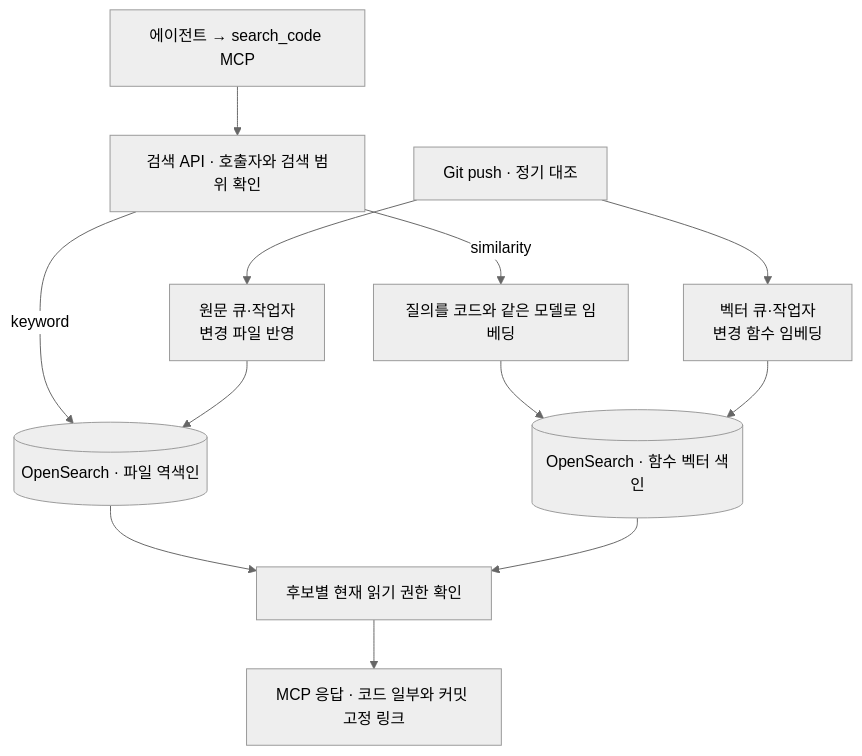
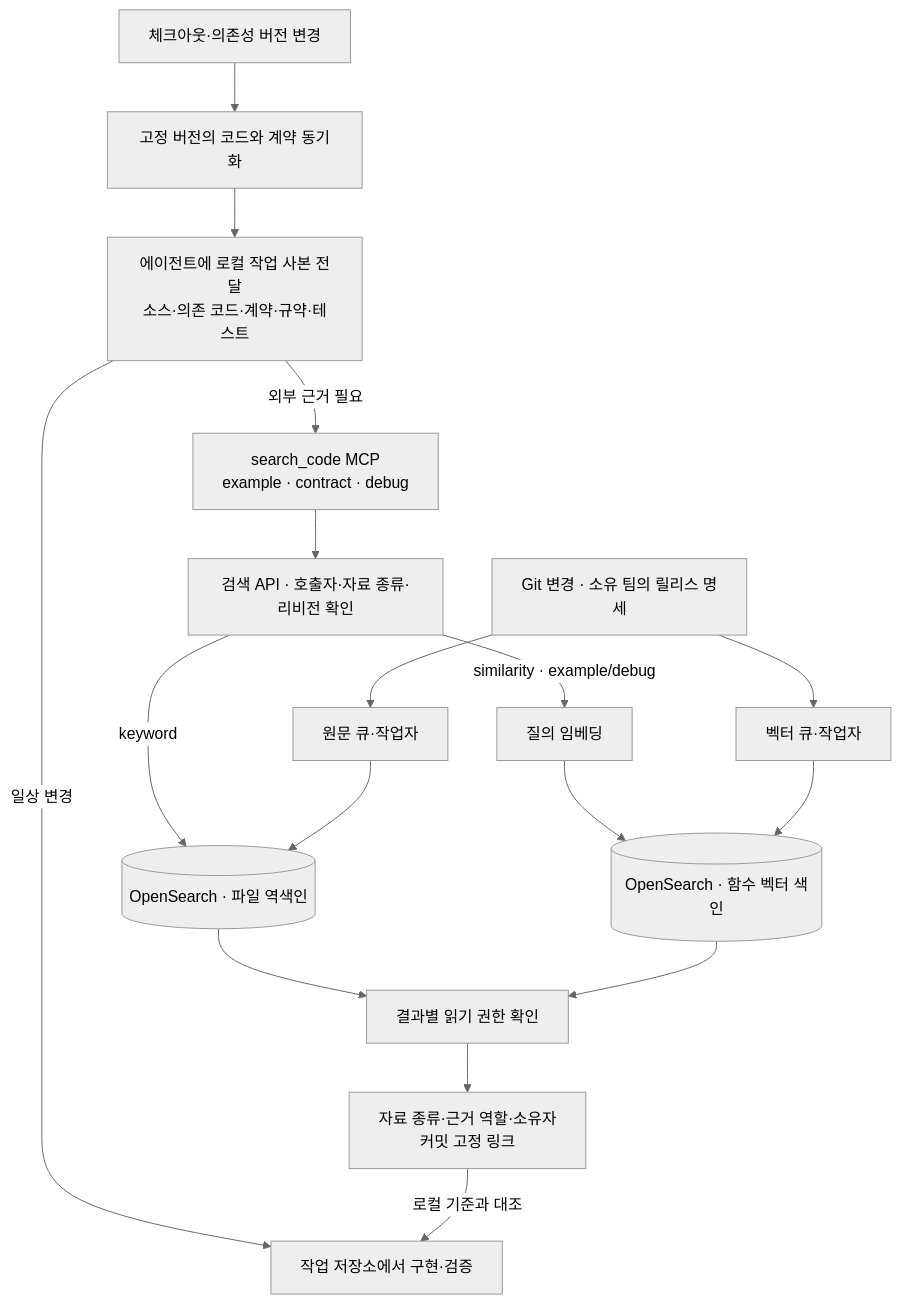
One commit to haandol/haandol.github.com changed the second of 2 diagrams in _posts/2026-11-25-enterprise-codebase-management.md. Above: the diagram before and after it, drawn with Mermaid (neutral theme). The commit also changed other lines of this file and 3 other files, not shown here.

````diff
--- a/_posts/2026-11-25-enterprise-codebase-management.md
+++ b/_posts/2026-11-25-enterprise-codebase-management.md
@@ -70,14 +157,16 @@
 ```mermaid
 flowchart TB
-    A["에이전트 → search_code MCP"] --> Q["검색 API · 호출자와 검색 범위 확인"]
-    Q -->|keyword| L[("OpenSearch · 파일 역색인")]
-    Q -->|similarity| E["질의를 코드와 같은 모델로 임베딩"]
-    E --> V[("OpenSearch · 함수 벡터 색인")]
-    G["Git push · 정기 대조"] --> W["원문 큐·작업자<br/>변경 파일 반영"]
-    G --> F["벡터 큐·작업자<br/>변경 함수 임베딩"]
-    W --> L
-    F --> V
-    L --> P["후보별 현재 읽기 권한 확인"]
+    S["체크아웃·의존성 버전 변경"] --> B["고정 버전의 코드와 계약 동기화"]
+    B --> L["에이전트에 로컬 작업 사본 전달<br/>소스·의존 코드·계약·규약·테스트"]
+    L -->|일상 변경| D["작업 저장소에서 구현·검증"]
+    L -->|외부 근거 필요| M["search_code MCP<br/>example · contract · debug"]
+    M --> Q["검색 API · 호출자·자료 종류·리비전 확인"]
+    Q -->|keyword| T[("OpenSearch · 파일 역색인")]
+    Q -->|similarity · example/debug| E["질의 임베딩"] --> V[("OpenSearch · 함수 벡터 색인")]
+    G["Git 변경 · 소유 팀의 릴리스 명세"] --> W["원문 큐·작업자"] --> T
+    G --> F["벡터 큐·작업자"] --> V
+    T --> P["결과별 읽기 권한 확인"]
     V --> P
-    P --> R["MCP 응답 · 코드 일부와 커밋 고정 링크"]
+    P --> R["자료 종류·근거 역할·소유자<br/>커밋 고정 링크"]
+    R -->|로컬 기준과 대조| D
 ```
````
